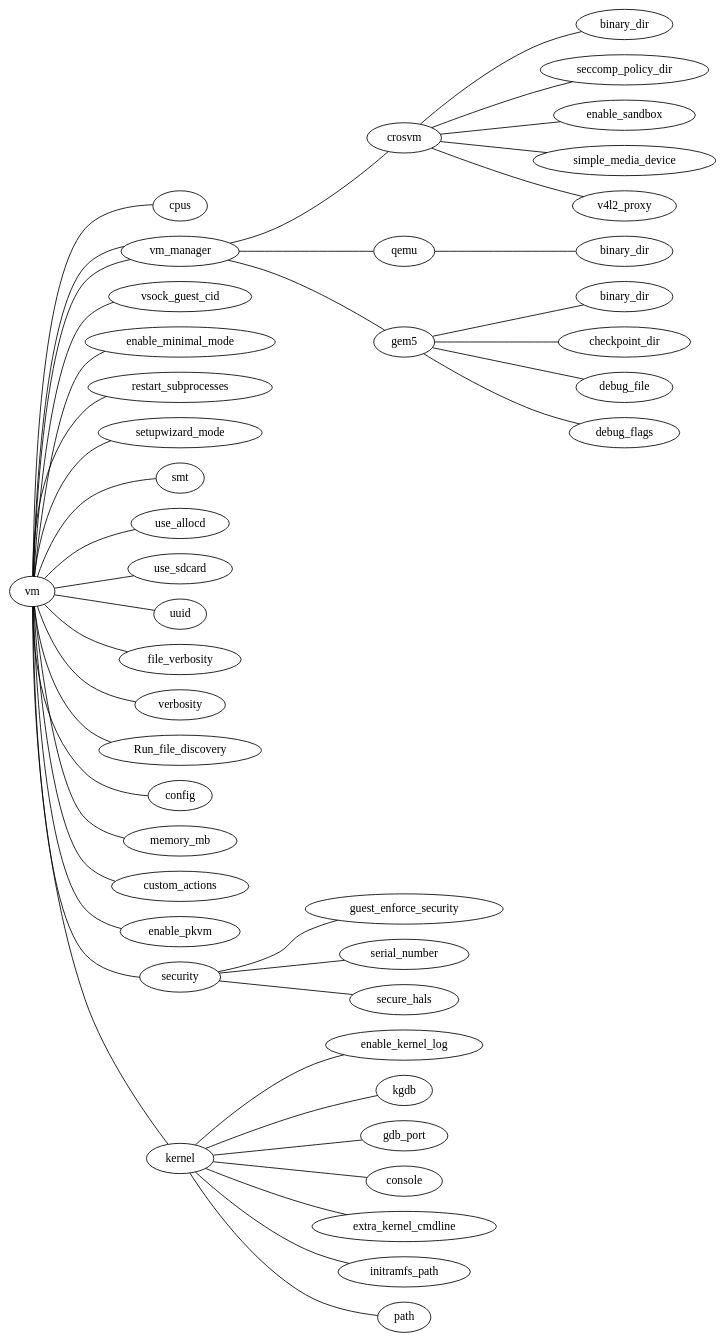
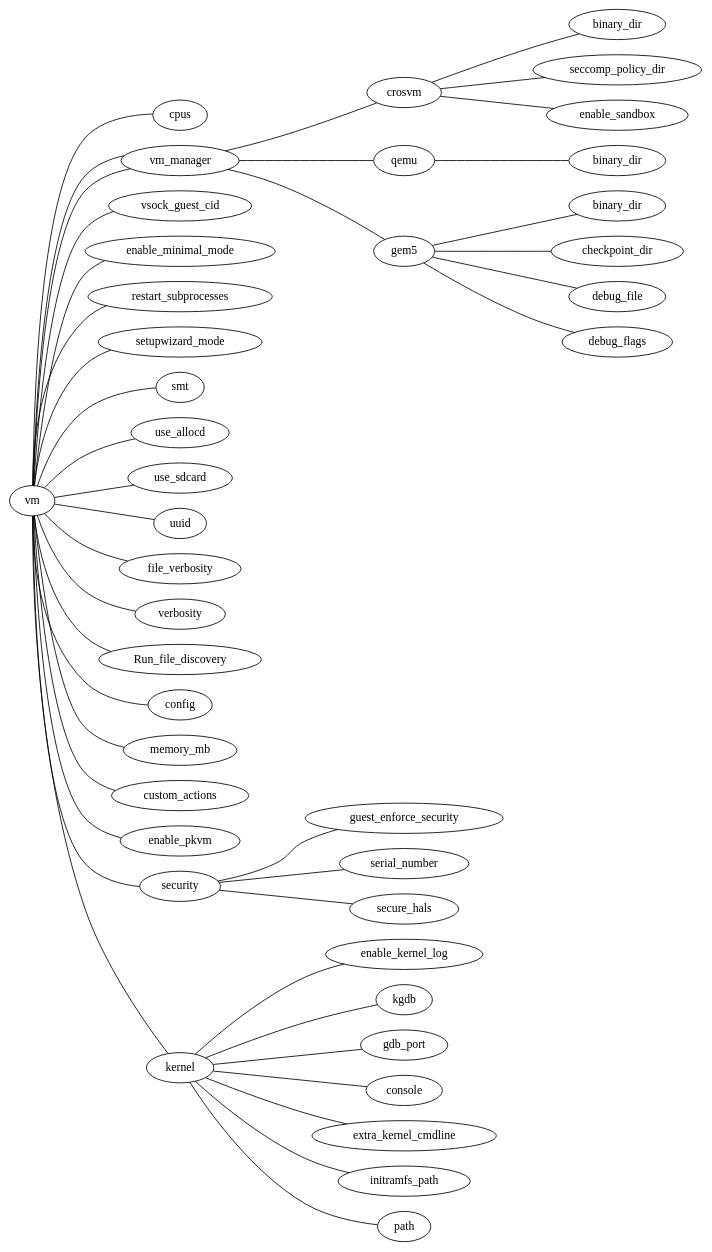
The diagram in base/cvd/cuttlefish/host/commands/cvd/cli/parser/doc/vm.dot (google/android-cuttlefish), drawn with Graphviz before and after one commit. The commit also changed 13 other files, not shown here.

First line of the commit message:
Cleanup --crosvm_simple_media_device and --crosvm_v4l2_proxy flags

```diff
--- a/base/cvd/cuttlefish/host/commands/cvd/cli/parser/doc/vm.dot
+++ b/base/cvd/cuttlefish/host/commands/cvd/cli/parser/doc/vm.dot
@@ -1,50 +1,48 @@
 graph {
   rankdir=LR
     vm--cpus
     vm--vm_manager
     vm--vsock_guest_cid
     vm--enable_minimal_mode
     vm--restart_subprocesses
     vm--setupwizard_mode
     vm--smt
     vm--use_allocd
     vm--use_sdcard
     vm--uuid
     vm--file_verbosity
     vm--verbosity
     vm--Run_file_discovery
     vm--config
     vm--memory_mb
     vm--custom_actions
     vm--enable_pkvm
     vm--vm_manager
         crosvm_binary_dir [label = "binary_dir"]
         qemu_binary_dir [label = "binary_dir"]
         gem5_binary_dir [label = "binary_dir"]
 
         vm_manager--crosvm
             crosvm--crosvm_binary_dir
             crosvm--seccomp_policy_dir
             crosvm--enable_sandbox
-            crosvm--simple_media_device
-            crosvm--v4l2_proxy
         vm_manager--qemu
             qemu--qemu_binary_dir
         vm_manager--gem5
             gem5--gem5_binary_dir
             gem5--checkpoint_dir
             gem5--debug_file
             gem5--debug_flags
     vm--security
         security--guest_enforce_security
         security--serial_number
         security--secure_hals
     vm--kernel
         kernel--enable_kernel_log
         kernel--kgdb
         kernel--gdb_port
         kernel--console
         kernel--extra_kernel_cmdline
         kernel--initramfs_path
         kernel--path
 }
```
